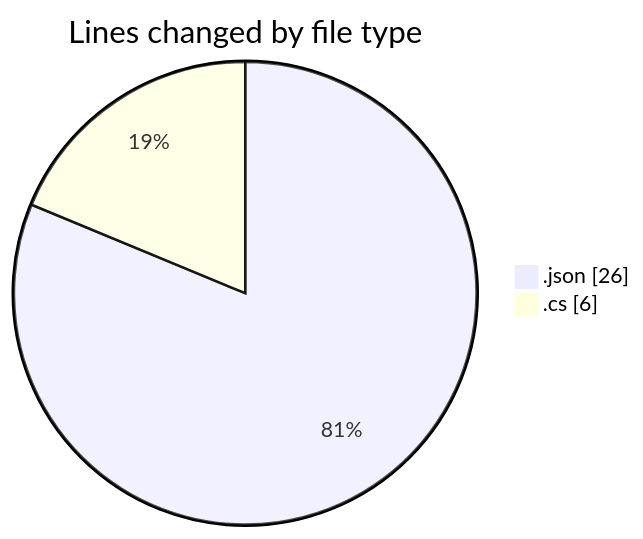
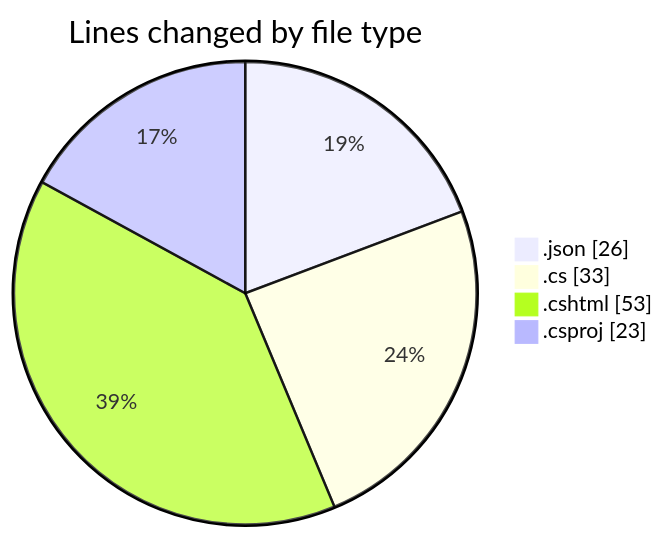
The first of 2 diagrams in 2025-07-19/nhahang/README.md (lephambinh05/code-tracking), drawn with Mermaid before and after one commit. The commit also changed other lines of this file and 1 other file, not shown here.

````diff
--- a/2025-07-19/nhahang/README.md
+++ b/2025-07-19/nhahang/README.md
@@ -22,6 +25,8 @@
 ```mermaid
 pie showData
 title Lines changed by file type
 ".json" : 26
-".cs" : 6
+".cs" : 33
+".cshtml" : 53
+".csproj" : 23
 ```
````
